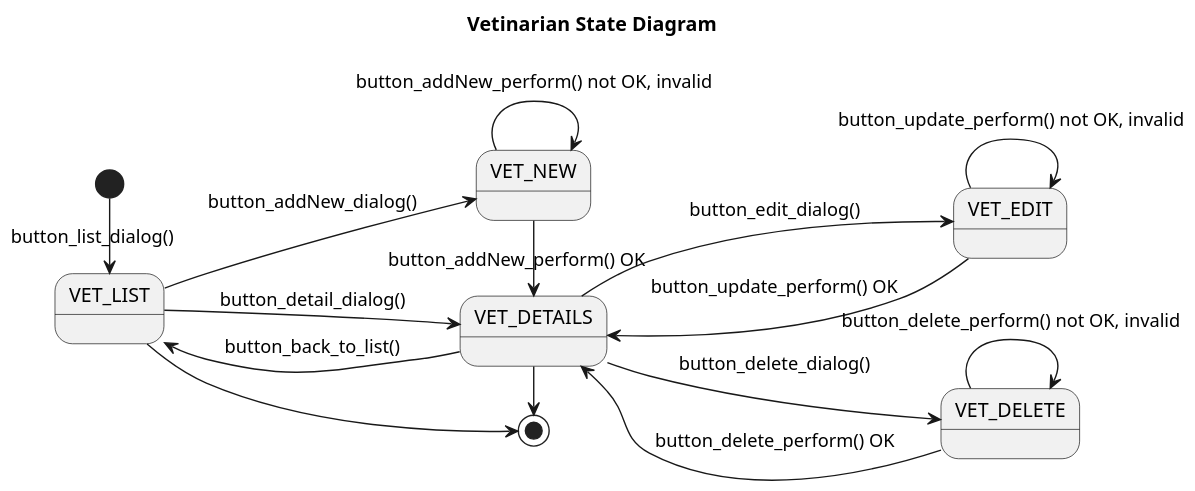
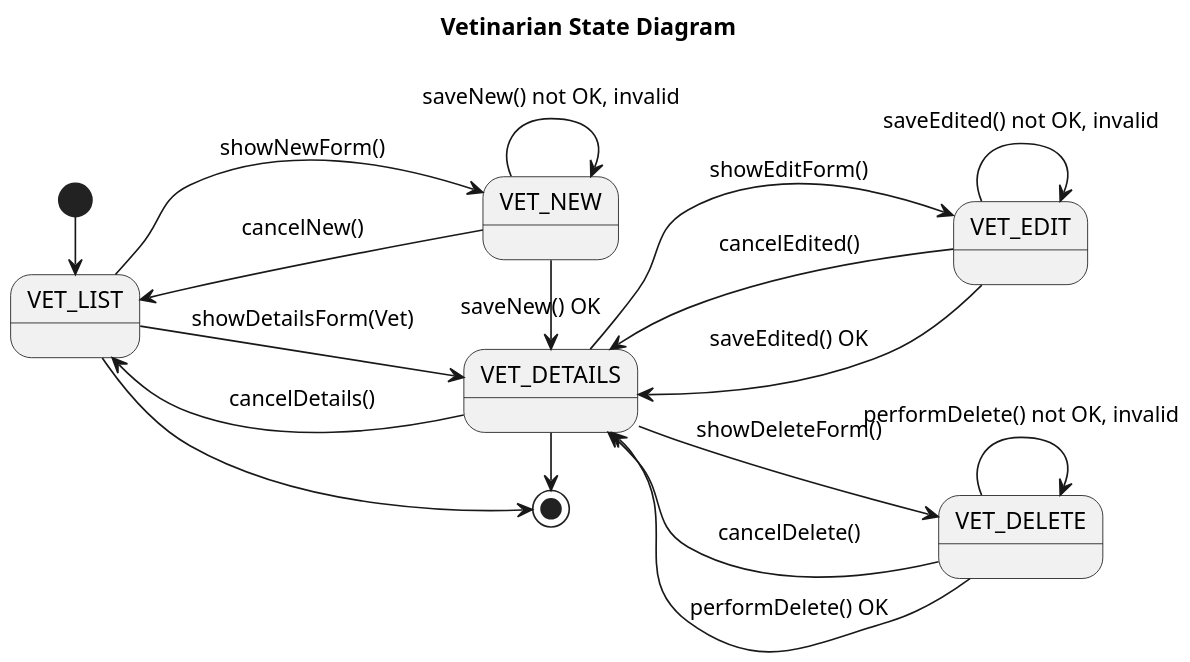
The diagram in src/main/plantuml/vet/vet/Vet__UseCase__State.puml (Jakarta-EE-Petclinic/petclinic-uml), drawn with PlantUML before and after one commit. The commit also changed 4 other files, not shown here.

```diff
--- a/src/main/plantuml/vet/vet/Vet__UseCase__State.puml
+++ b/src/main/plantuml/vet/vet/Vet__UseCase__State.puml
@@ -1,38 +1,41 @@
 @startuml
 
 title Vetinarian State Diagram
 
 'https://plantuml.com/state-diagram
 
 left to right direction
 'top to bottom direction
 
 scale 1200 width
 
-[*] -> VET_LIST: button_list_dialog()
+[*] -> VET_LIST
 
-VET_LIST --> VET_NEW : button_addNew_dialog()
+VET_LIST --> VET_NEW : showNewForm()
+VET_NEW --> VET_LIST: cancelNew()
 state VET_NEW {
-    VET_NEW --> VET_NEW : button_addNew_perform() not OK, invalid
+    VET_NEW --> VET_NEW : saveNew() not OK, invalid
 }
-VET_NEW -> VET_DETAILS: button_addNew_perform() OK
+VET_NEW -> VET_DETAILS: saveNew() OK
 
-VET_LIST --> VET_DETAILS: button_detail_dialog()
-VET_DETAILS --> VET_LIST : button_back_to_list()
+VET_LIST --> VET_DETAILS: showDetailsForm(Vet)
+VET_DETAILS --> VET_LIST : cancelDetails()
 
-VET_DETAILS --> VET_EDIT: button_edit_dialog()
+VET_DETAILS --> VET_EDIT: showEditForm()
+VET_EDIT --> VET_DETAILS: cancelEdited()
 state VET_EDIT {
-    VET_EDIT --> VET_EDIT: button_update_perform() not OK, invalid
+    VET_EDIT --> VET_EDIT: saveEdited() not OK, invalid
 }
-VET_EDIT --> VET_DETAILS: button_update_perform() OK
+VET_EDIT --> VET_DETAILS: saveEdited() OK
 
-VET_DETAILS --> VET_DELETE: button_delete_dialog()
+VET_DETAILS --> VET_DELETE: showDeleteForm()
+VET_DELETE --> VET_DETAILS: cancelDelete()
 state VET_DELETE {
-    VET_DELETE --> VET_DELETE: button_delete_perform() not OK, invalid
+    VET_DELETE --> VET_DELETE: performDelete() not OK, invalid
 }
-VET_DELETE --> VET_DETAILS: button_delete_perform() OK
+VET_DELETE --> VET_DETAILS: performDelete() OK
 
 VET_LIST -> [*]
 VET_DETAILS -> [*]
 
 @enduml
```
